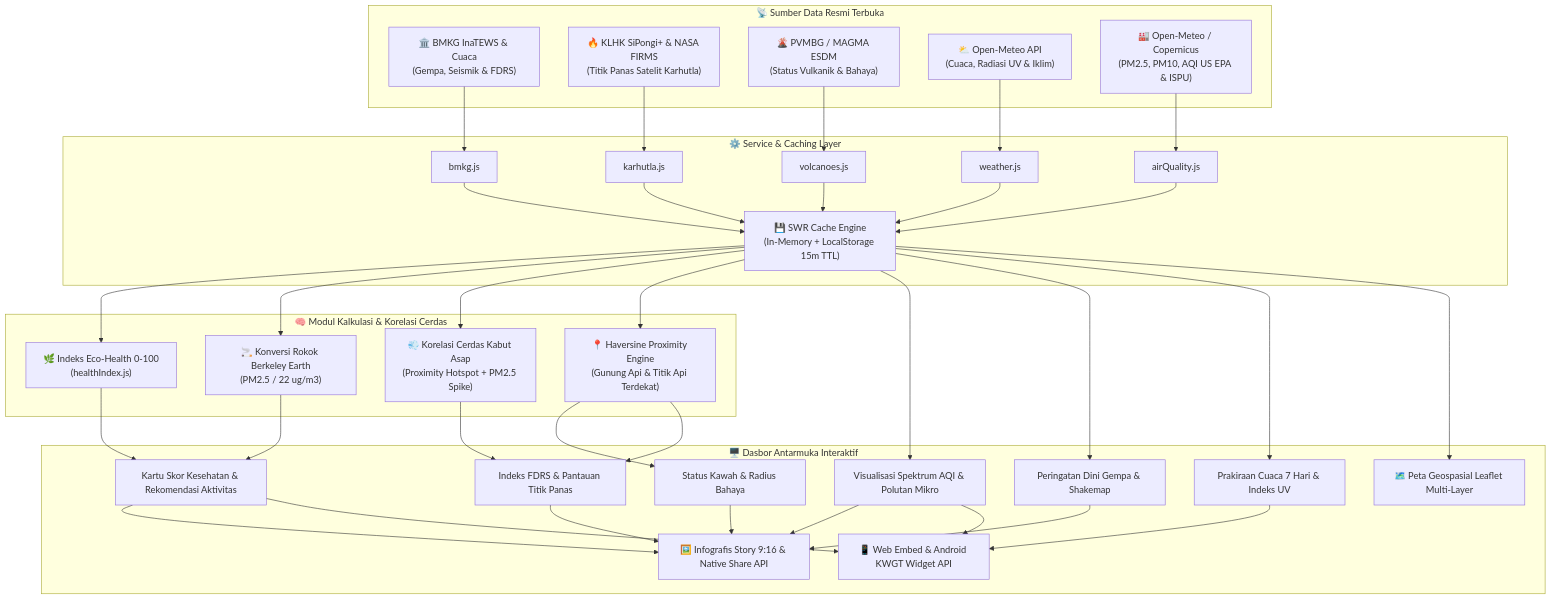
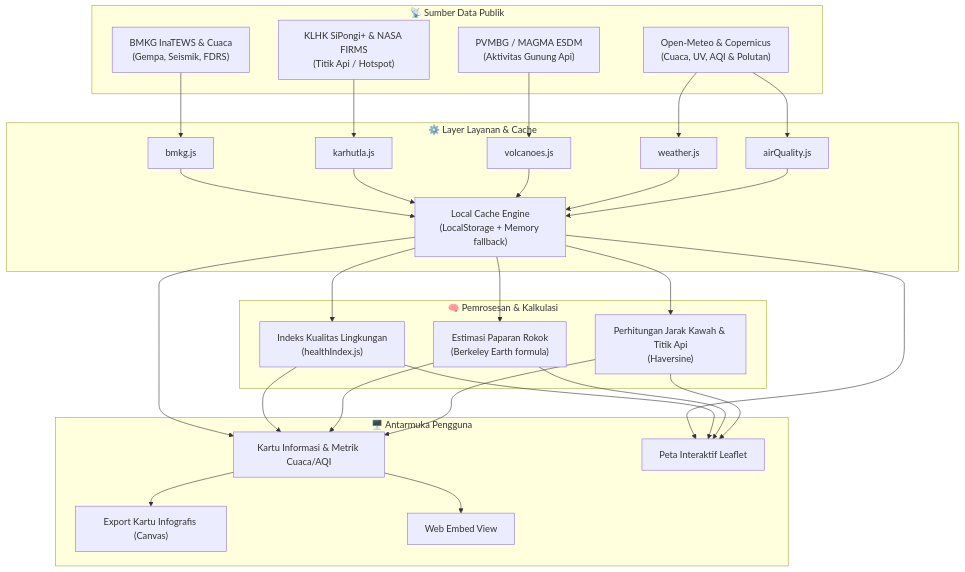
One commit to Fiscalll2/JagaKota changed the diagram in README.md. Above: the diagram before and after it, drawn with Mermaid. The commit also changed other lines of this file, not shown here.

````diff
--- a/README.md
+++ b/README.md
@@ -33,69 +53,41 @@
 ```mermaid
 flowchart TD
-    subgraph Sumber_Data_Resmi ["📡 Sumber Data Resmi Terbuka"]
-        BMKG_API["🏛️ BMKG InaTEWS & Cuaca\n(Gempa, Seismik & FDRS)"]
-        KLHK_API["🔥 KLHK SiPongi+ & NASA FIRMS\n(Titik Panas Satelit Karhutla)"]
-        PVMBG_API["🌋 PVMBG / MAGMA ESDM\n(Status Vulkanik & Bahaya)"]
-        Meteo_API["⛅ Open-Meteo API\n(Cuaca, Radiasi UV & Iklim)"]
-        AQI_API["🏭 Open-Meteo / Copernicus\n(PM2.5, PM10, AQI US EPA & ISPU)"]
+    subgraph DataSources ["📡 Sumber Data Publik"]
+        BMKG["BMKG InaTEWS & Cuaca\n(Gempa, Seismik, FDRS)"]
+        KLHK["KLHK SiPongi+ & NASA FIRMS\n(Titik Api / Hotspot)"]
+        PVMBG["PVMBG / MAGMA ESDM\n(Aktivitas Gunung Api)"]
+        Meteo["Open-Meteo & Copernicus\n(Cuaca, UV, AQI & Polutan)"]
     end
 
-    subgraph Service_Layer ["⚙️ Service & Caching Layer"]
+    subgraph Services ["⚙️ Layer Layanan & Cache"]
         BMKG_Svc["bmkg.js"]
         Karhutla_Svc["karhutla.js"]
         Volcano_Svc["volcanoes.js"]
         Weather_Svc["weather.js"]
         AQI_Svc["airQuality.js"]
-        Cache["💾 SWR Cache Engine\n(In-Memory + LocalStorage 15m TTL)"]
+        Cache["Local Cache Engine\n(LocalStorage + Memory fallback)"]
     end
 
-    subgraph Core_Intelligence ["🧠 Modul Kalkulasi & Korelasi Cerdas"]
-        EcoScore["🌿 Indeks Eco-Health 0-100\n(healthIndex.js)"]
-        CigFormula["🚬 Konversi Rokok Berkeley Earth\n(PM2.5 / 22 ug/m3)"]
-        HazeCorrelation["💨 Korelasi Cerdas Kabut Asap\n(Proximity Hotspot + PM2.5 Spike)"]
-        ProximityCalc["📍 Haversine Proximity Engine\n(Gunung Api & Titik Api Terdekat)"]
+    subgraph Logic ["🧠 Pemrosesan & Kalkulasi"]
+        EcoScore["Indeks Kualitas Lingkungan\n(healthIndex.js)"]
+        CigCalc["Estimasi Paparan Rokok\n(Berkeley Earth formula)"]
+        Proximity["Perhitungan Jarak Kawah & Titik Api\n(Haversine)"]
     end
 
-    subgraph UI_Presentation ["🖥️ Dasbor Antarmuka Interaktif"]
-        Hero["Kartu Skor Kesehatan & Rekomendasi Aktivitas"]
-        AQICard["Visualisasi Spektrum AQI & Polutan Mikro"]
-        KarhutlaCard["Indeks FDRS & Pantauan Titik Panas"]
-        VolcanoCard["Status Kawah & Radius Bahaya"]
-        QuakeCard["Peringatan Dini Gempa & Shakemap"]
-        WeatherCard["Prakiraan Cuaca 7 Hari & Indeks UV"]
-        Map["🗺️ Peta Geospasial Leaflet Multi-Layer"]
-        Share["🖼️ Infografis Story 9:16 & Native Share API"]
-        Widget["📱 Web Embed & Android KWGT Widget API"]
+    subgraph UI ["🖥️ Antarmuka Pengguna"]
+        Cards["Kartu Informasi & Metrik Cuaca/AQI"]
+        Map["Peta Interaktif Leaflet"]
+        ShareCard["Export Kartu Infografis (Canvas)"]
+        Widget["Web Embed View"]
     end
 
-    BMKG_API --> BMKG_Svc
-    KLHK_API --> Karhutla_Svc
-    PVMBG_API --> Volcano_Svc
-    Meteo_API --> Weather_Svc
-    AQI_API --> AQI_Svc
+    BMKG --> BMKG_Svc
+    KLHK --> Karhutla_Svc
+    PVMBG --> Volcano_Svc
+    Meteo --> Weather_Svc & AQI_Svc
 
-    BMKG_Svc --> Cache
-    Karhutla_Svc --> Cache
-    Volcano_Svc --> Cache
-    Weather_Svc --> Cache
-    AQI_Svc --> Cache
-
-    Cache --> EcoScore
-    Cache --> CigFormula
-    Cache --> HazeCorrelation
-    Cache --> ProximityCalc
-
-    EcoScore --> Hero
-    CigFormula --> Hero
-    HazeCorrelation --> KarhutlaCard
-    ProximityCalc --> VolcanoCard
-    ProximityCalc --> KarhutlaCard
-
-    Cache --> AQICard
-    Cache --> QuakeCard
-    Cache --> WeatherCard
-    Cache --> Map
-    
-    Hero & AQICard & KarhutlaCard & VolcanoCard & QuakeCard --> Share
-    Hero & AQICard & WeatherCard --> Widget
+    BMKG_Svc & Karhutla_Svc & Volcano_Svc & Weather_Svc & AQI_Svc --> Cache
+    Cache --> EcoScore & CigCalc & Proximity
+    Cache & EcoScore & CigCalc & Proximity --> Cards & Map
+    Cards --> ShareCard & Widget
 ```
````
